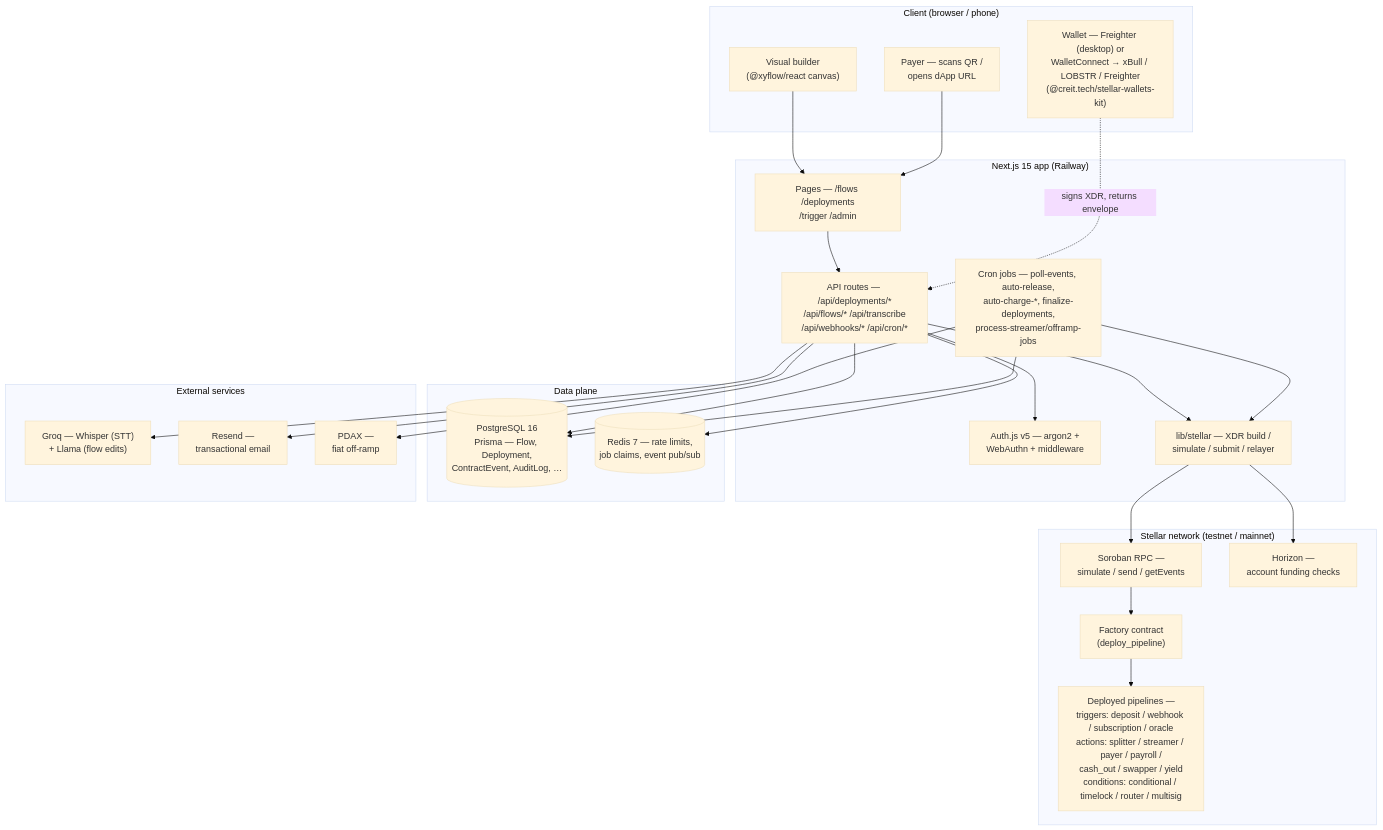
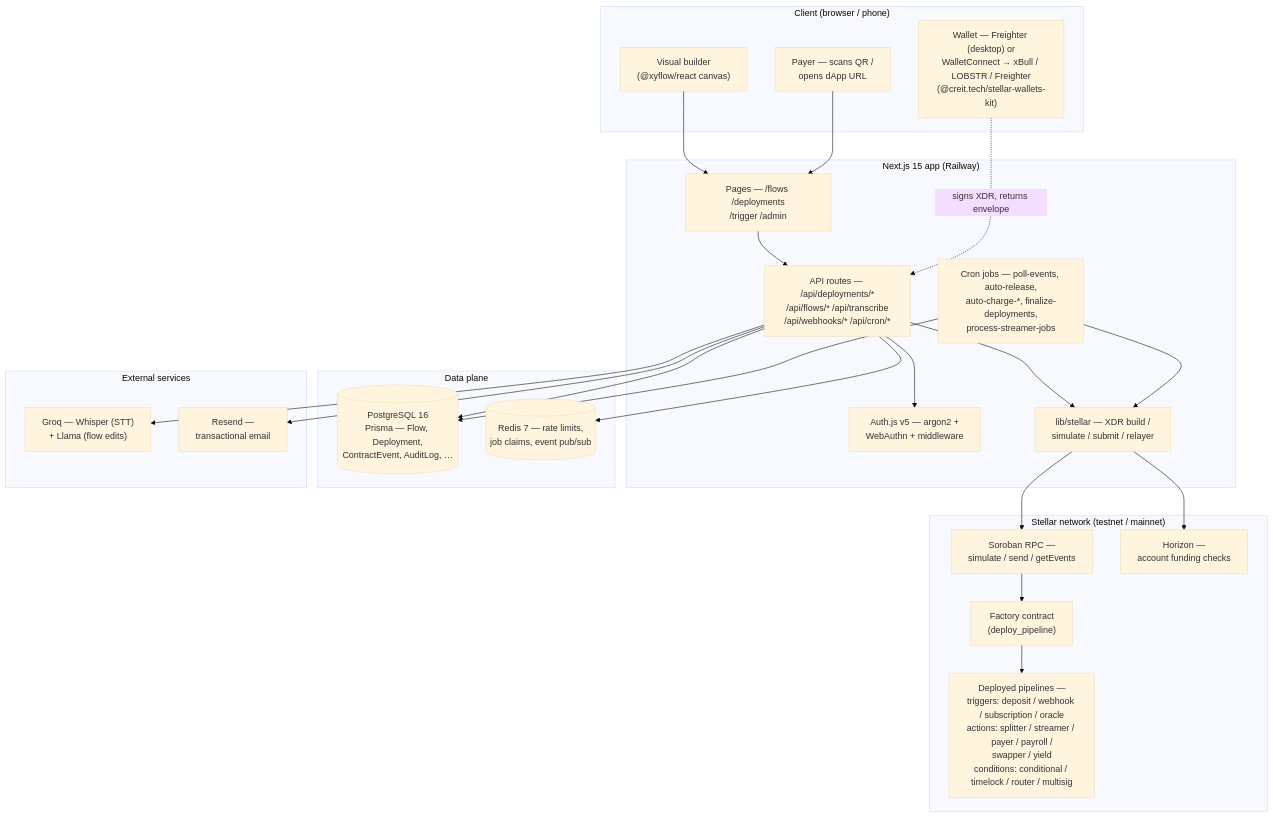
Before and after one commit to artisam-paiflow/paiflow: the first of 5 diagrams in docs/architecture-diagrams.md, drawn with Mermaid (base theme). The commit also changed other lines of this file and 177 other files, not shown here.

````diff
--- a/docs/architecture-diagrams.md
+++ b/docs/architecture-diagrams.md
@@ -36,52 +36,50 @@
 ```mermaid
 flowchart TB
     subgraph Client["Client (browser / phone)"]
         Builder["Visual builder<br/>(@xyflow/react canvas)"]
         Wallet["Wallet — Freighter (desktop) or<br/>WalletConnect → xBull / LOBSTR / Freighter<br/>(@creit.tech/stellar-wallets-kit)"]
         Payer["Payer — scans QR /<br/>opens dApp URL"]
     end
 
     subgraph App["Next.js 15 app (Railway)"]
         Pages["Pages — /flows /deployments<br/>/trigger /admin"]
         API["API routes — /api/deployments/*<br/>/api/flows/* /api/transcribe<br/>/api/webhooks/* /api/cron/*"]
         Auth["Auth.js v5 — argon2 +<br/>WebAuthn + middleware"]
         StellarLib["lib/stellar — XDR build /<br/>simulate / submit / relayer"]
-        Cron["Cron jobs — poll-events, auto-release,<br/>auto-charge-*, finalize-deployments,<br/>process-streamer/offramp-jobs"]
+        Cron["Cron jobs — poll-events, auto-release,<br/>auto-charge-*, finalize-deployments,<br/>process-streamer-jobs"]
     end
 
     subgraph Data["Data plane"]
         PG[("PostgreSQL 16<br/>Prisma — Flow, Deployment,<br/>ContractEvent, AuditLog, …")]
         Redis[("Redis 7 — rate limits,<br/>job claims, event pub/sub")]
     end
 
     subgraph Chain["Stellar network (testnet / mainnet)"]
         RPC["Soroban RPC —<br/>simulate / send / getEvents"]
         Horizon["Horizon —<br/>account funding checks"]
         Factory["Factory contract<br/>(deploy_pipeline)"]
-        Contracts["Deployed pipelines —<br/>triggers: deposit / webhook / subscription / oracle<br/>actions: splitter / streamer / payer / payroll /<br/>cash_out / swapper / yield<br/>conditions: conditional / timelock / router / multisig"]
+        Contracts["Deployed pipelines —<br/>triggers: deposit / webhook / subscription / oracle<br/>actions: splitter / streamer / payer / payroll /<br/>swapper / yield<br/>conditions: conditional / timelock / router / multisig"]
     end
 
     subgraph External["External services"]
         Groq["Groq — Whisper (STT)<br/>+ Llama (flow edits)"]
         Resend["Resend —<br/>transactional email"]
-        PDAX["PDAX —<br/>fiat off-ramp"]
     end
 
     Builder --> Pages
     Payer --> Pages
     Pages --> API
     API --> Auth
     API --> StellarLib
     API --> PG
     API --> Redis
     API --> Groq
     API --> Resend
     Cron --> StellarLib
     Cron --> PG
-    Cron --> PDAX
     StellarLib --> RPC
     StellarLib --> Horizon
     RPC --> Factory
     Factory --> Contracts
     Wallet -. signs XDR, returns envelope .-> API
 ```
````
